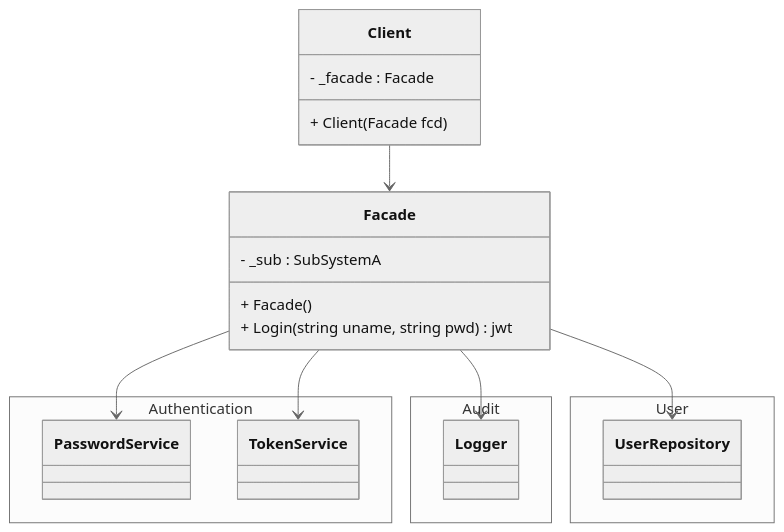
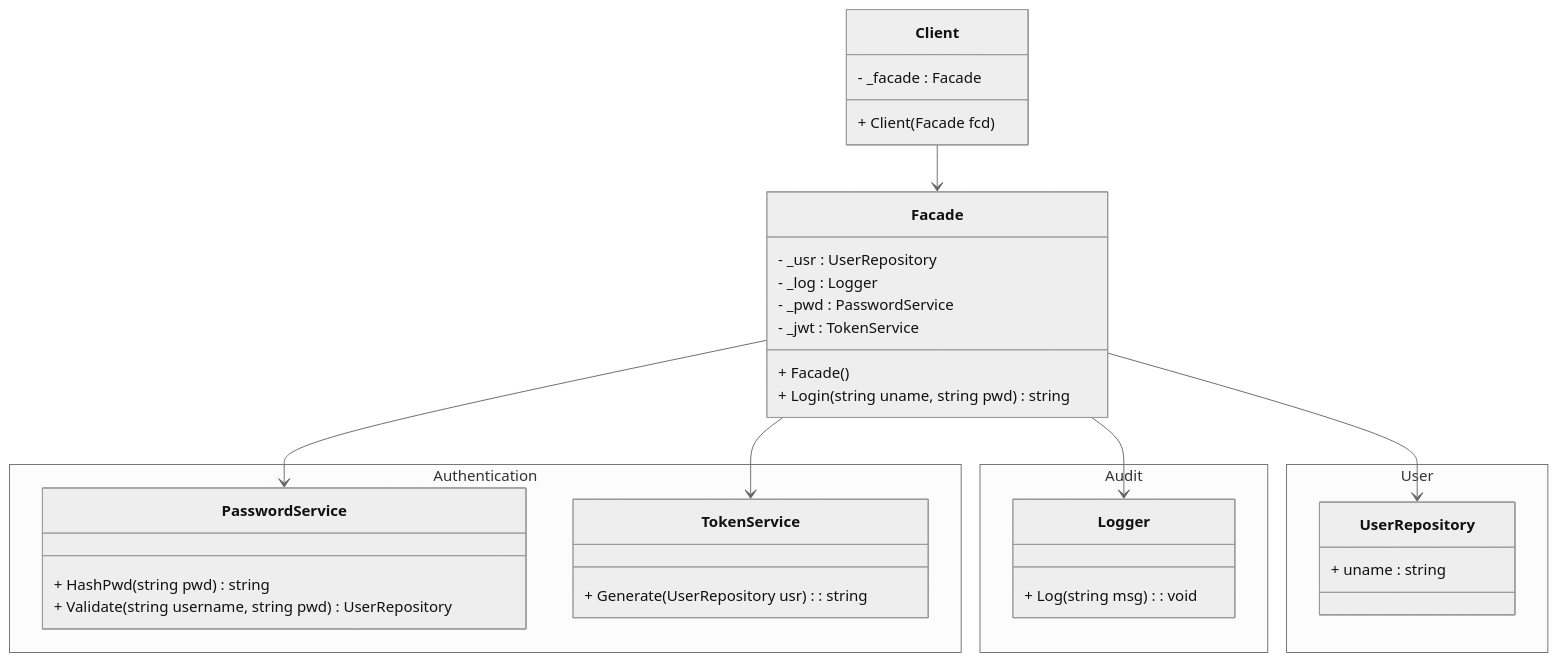
One commit to skqu/pbi25AppII changed the diagram in Lektion 15/slidev/pages/4. solution.md. Above: the diagram before and after it, drawn with Mermaid (neutral theme). The commit also changed other lines of this file and 8 other files, not shown here.

````diff
--- a/Lektion 15/slidev/pages/4. solution.md
+++ b/Lektion 15/slidev/pages/4. solution.md
@@ -47,44 +7,49 @@
 ```mermaid
 classDiagram
     direction TB
     class Client{
         - _facade : Facade
         + Client(Facade fcd)
     }
 
     class Facade{
-        - _sub : SubSystemA
+        - _usr : UserRepository
+        - _log : Logger
+        - _pwd : PasswordService
+        - _jwt : TokenService
+
         + Facade()
-        + Login(string uname, string pwd) jwt
+        + Login(string uname, string pwd) string
     }
 
 
     namespace Authentication{
         class PasswordService{
-
+            + HashPwd(string pwd) string
+            + Validate(string username, string pwd) UserRepository
         }
         class TokenService{
-
+            + Generate(UserRepository usr) : string
         }
     }
 
     namespace Audit{
         class Logger{
-
+            + Log(string msg) : void
         }
     }
 
 
     namespace User{
         class UserRepository{
-
+            + uname : string
         }
     }
 
     Client --> Facade
     Facade --> PasswordService
     Facade --> UserRepository
     Facade --> TokenService
     Facade --> Logger
 
 ```
````
